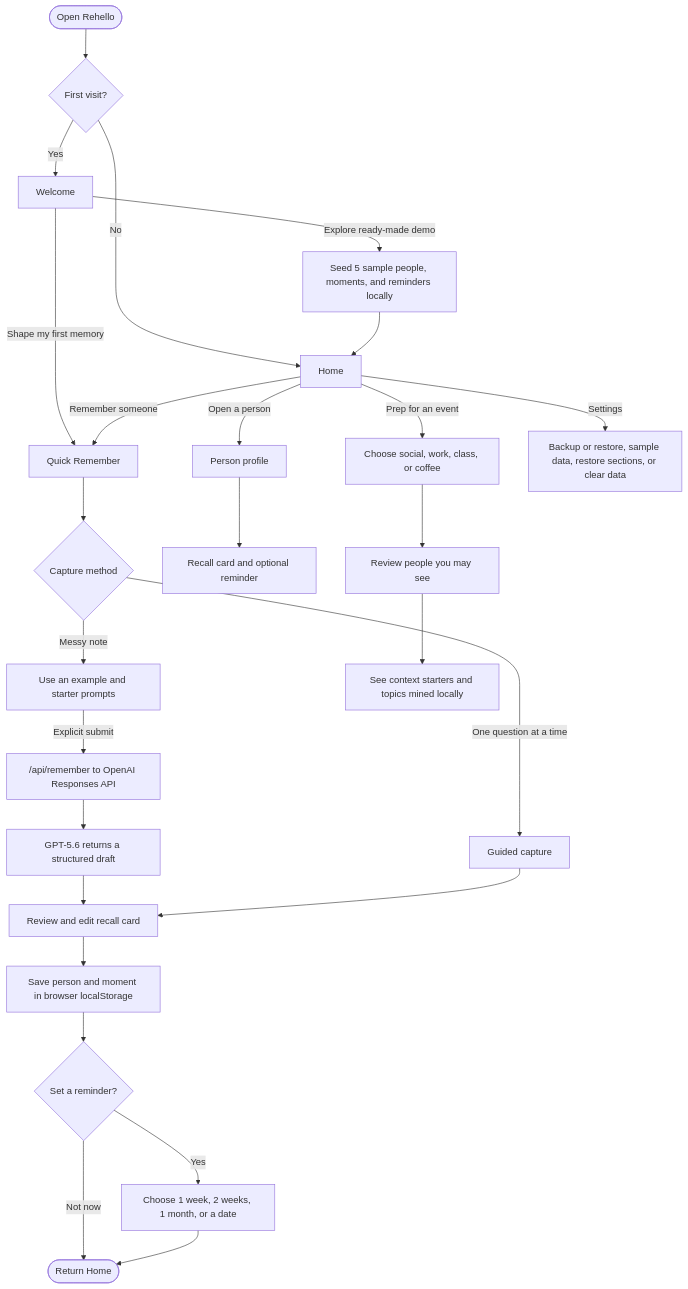
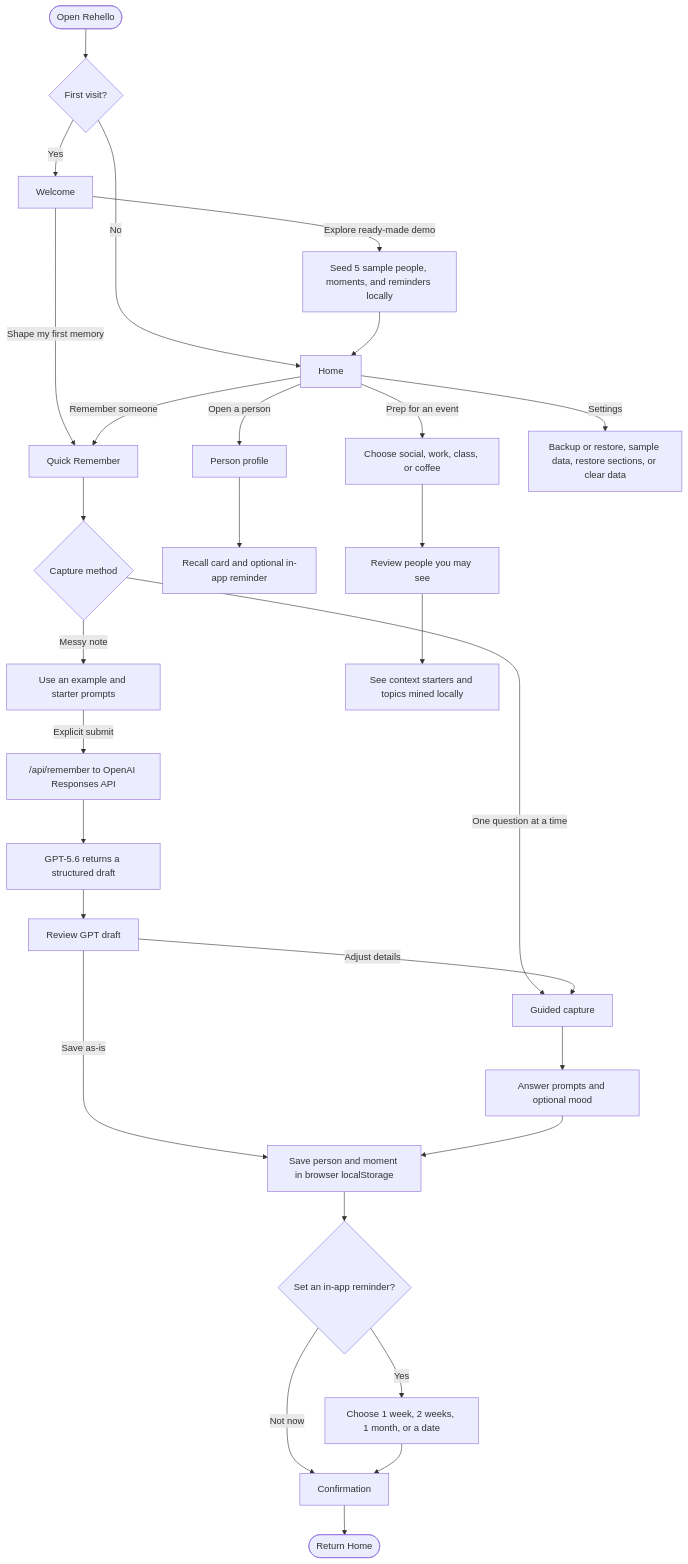
The first of 2 diagrams in README.md (HuiYingChung/re-hello), drawn with Mermaid before and after one commit. The commit also changed other lines of this file and 8 other files, not shown here.

````diff
--- a/README.md
+++ b/README.md
@@ -105,33 +105,36 @@
 ```mermaid
 flowchart TD
   A(["Open Rehello"]) --> B{"First visit?"}
   B -->|Yes| C["Welcome"]
   B -->|No| H["Home"]
 
   C -->|Explore ready-made demo| D["Seed 5 sample people, moments, and reminders locally"]
   D --> H
   C -->|Shape my first memory| Q["Quick Remember"]
   H -->|Remember someone| Q
 
   Q --> E{"Capture method"}
   E -->|Messy note| F["Use an example and starter prompts"]
   E -->|One question at a time| G["Guided capture"]
   F -->|Explicit submit| API["/api/remember to OpenAI Responses API"]
   API --> AI["GPT-5.6 returns a structured draft"]
-  AI --> R["Review and edit recall card"]
-  G --> R
-  R --> S["Save person and moment in browser localStorage"]
-  S --> T{"Set a reminder?"}
+  AI --> R["Review GPT draft"]
+  R -->|Adjust details| G
+  G --> G2["Answer prompts and optional mood"]
+  R -->|Save as-is| S["Save person and moment in browser localStorage"]
+  G2 --> S
+  S --> T{"Set an in-app reminder?"}
   T -->|Yes| U["Choose 1 week, 2 weeks, 1 month, or a date"]
-  T -->|Not now| DONE(["Return Home"])
-  U --> DONE
+  T -->|Not now| C2["Confirmation"]
+  U --> C2
+  C2 --> DONE(["Return Home"])
 
   H -->|Open a person| V["Person profile"]
-  V --> W["Recall card and optional reminder"]
+  V --> W["Recall card and optional in-app reminder"]
 
   H -->|Prep for an event| X["Choose social, work, class, or coffee"]
   X --> Y["Review people you may see"]
   Y --> Z["See context starters and topics mined locally"]
 
   H -->|Settings| AA["Backup or restore, sample data, restore sections, or clear data"]
 ```
````
